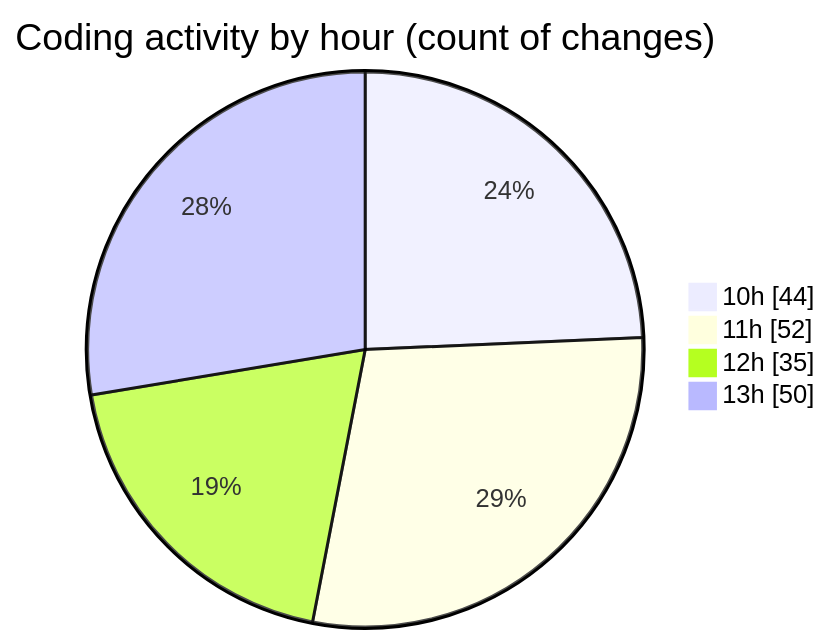
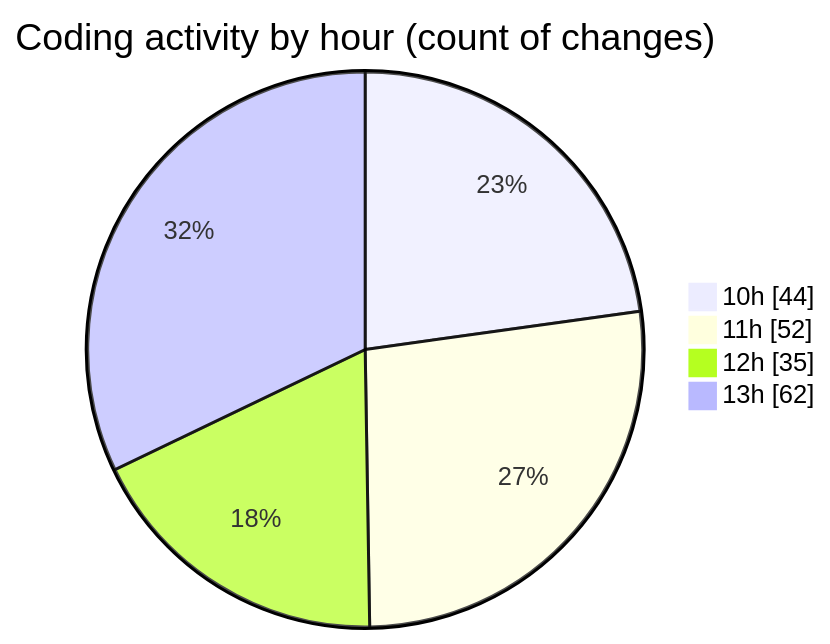
One commit to momahboobian/code-tracking changed the second of 2 diagrams in 2025-08-28/cda/README.md. Above: the diagram before and after it, drawn with Mermaid. The commit also changed other lines of this file and 1 other file, not shown here.

````diff
--- a/2025-08-28/cda/README.md
+++ b/2025-08-28/cda/README.md
@@ -35,8 +35,8 @@
 ```mermaid
 pie showData
 title Coding activity by hour (count of changes)
 "10h" : 44
 "11h" : 52
 "12h" : 35
-"13h" : 50
+"13h" : 62
 ```
````
